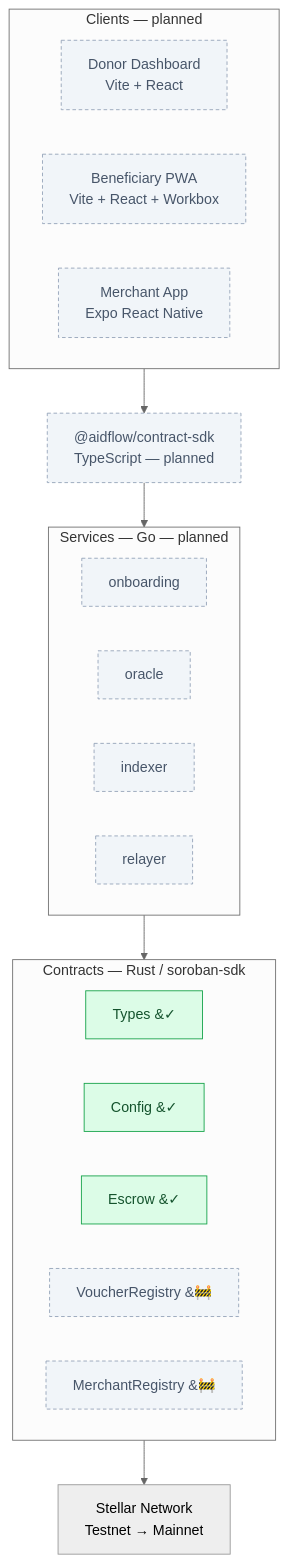
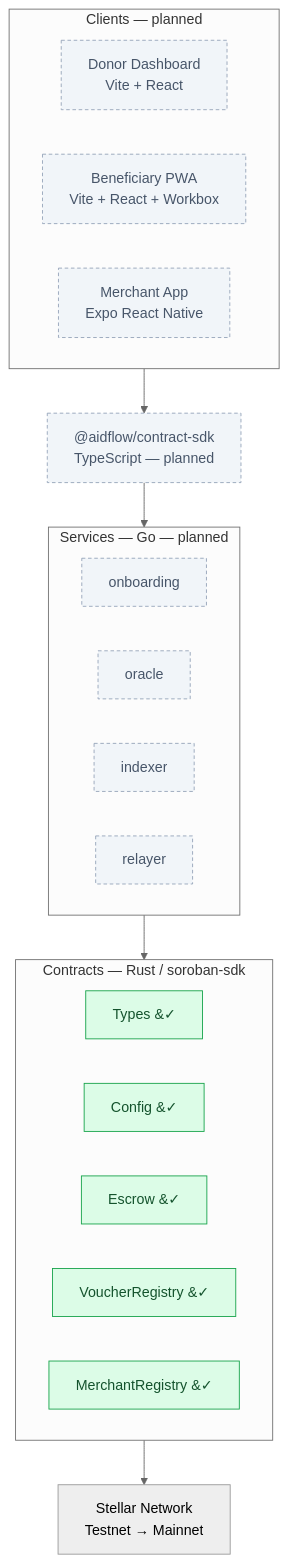
One commit to stellar-impact/aidflow changed the diagram in README.md. Above: the diagram before and after it, drawn with Mermaid (neutral theme). The commit also changed other lines of this file and 32 other files, not shown here.

First line of the commit message:
Add MerchantRegistry contract

````diff
--- a/README.md
+++ b/README.md
@@ -63,35 +63,35 @@
 ```mermaid
 flowchart TD
     subgraph clients["Clients &mdash; planned"]
         DD["Donor Dashboard<br/>Vite + React"]
         BP["Beneficiary PWA<br/>Vite + React + Workbox"]
         MA["Merchant App<br/>Expo React Native"]
     end
 
     SDK["@aidflow/contract-sdk<br/>TypeScript &mdash; planned"]
 
     subgraph services["Services &mdash; Go &mdash; planned"]
         ON["onboarding"]
         OR["oracle"]
         IX["indexer"]
         RL["relayer"]
     end
 
     subgraph contracts["Contracts &mdash; Rust / soroban-sdk"]
         TYP["Types &#10003;"]
         CFG["Config &#10003;"]
         ESC["Escrow &#10003;"]
-        VR["VoucherRegistry &#128679;"]
-        MR["MerchantRegistry &#128679;"]
+        VR["VoucherRegistry &#10003;"]
+        MR["MerchantRegistry &#10003;"]
     end
 
     STELLAR["Stellar Network<br/>Testnet &rarr; Mainnet"]
 
     clients --> SDK --> services --> contracts --> STELLAR
 
     classDef built fill:#dcfce7,stroke:#16a34a,color:#14532d;
     classDef planned fill:#f1f5f9,stroke:#94a3b8,color:#475569,stroke-dasharray:4 3;
 
-    class TYP,CFG,ESC built;
-    class VR,MR,ON,OR,IX,RL,SDK,DD,BP,MA planned;
+    class TYP,CFG,ESC,VR,MR built;
+    class ON,OR,IX,RL,SDK,DD,BP,MA planned;
 ```
````
